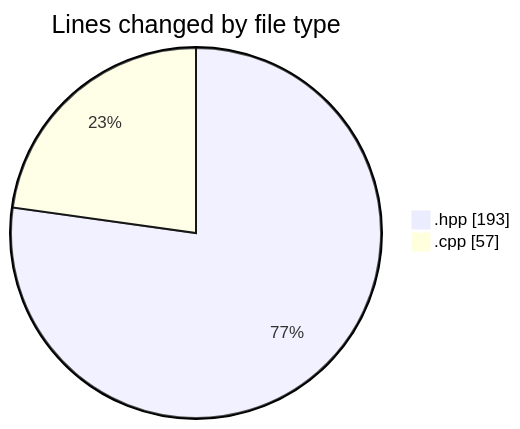
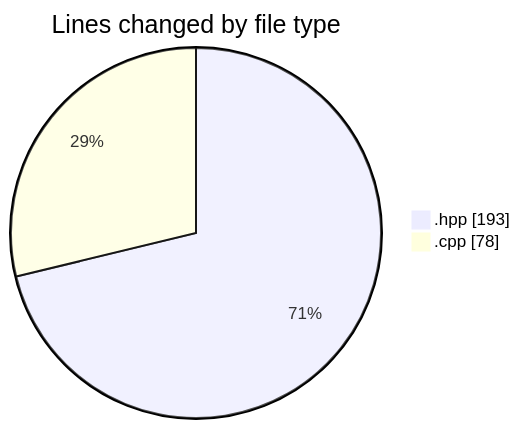
The first of 2 diagrams in 2025-05-03/date/README.md (Netris89/code-tracking), drawn with Mermaid before and after one commit. The commit also changed other lines of this file and 1 other file, not shown here.

````diff
--- a/2025-05-03/date/README.md
+++ b/2025-05-03/date/README.md
@@ -27,6 +28,6 @@
 ```mermaid
 pie showData
 title Lines changed by file type
 ".hpp" : 193
-".cpp" : 57
+".cpp" : 78
 ```
````
